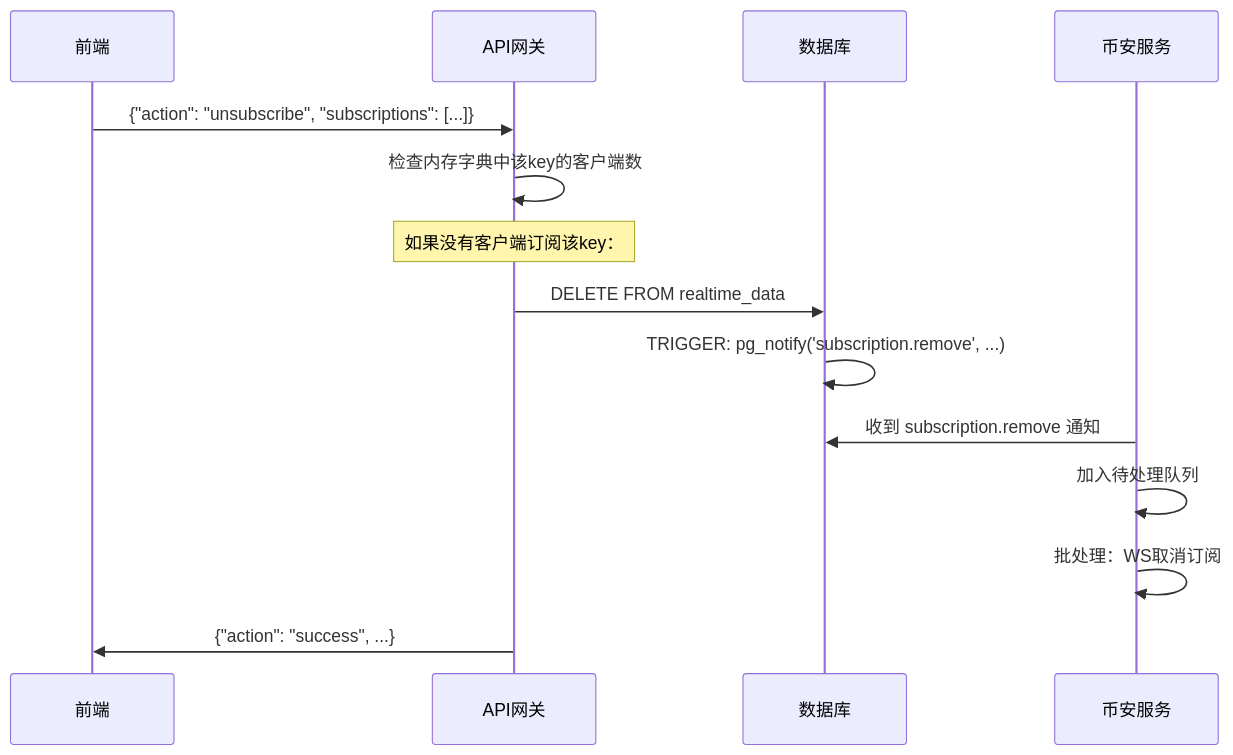
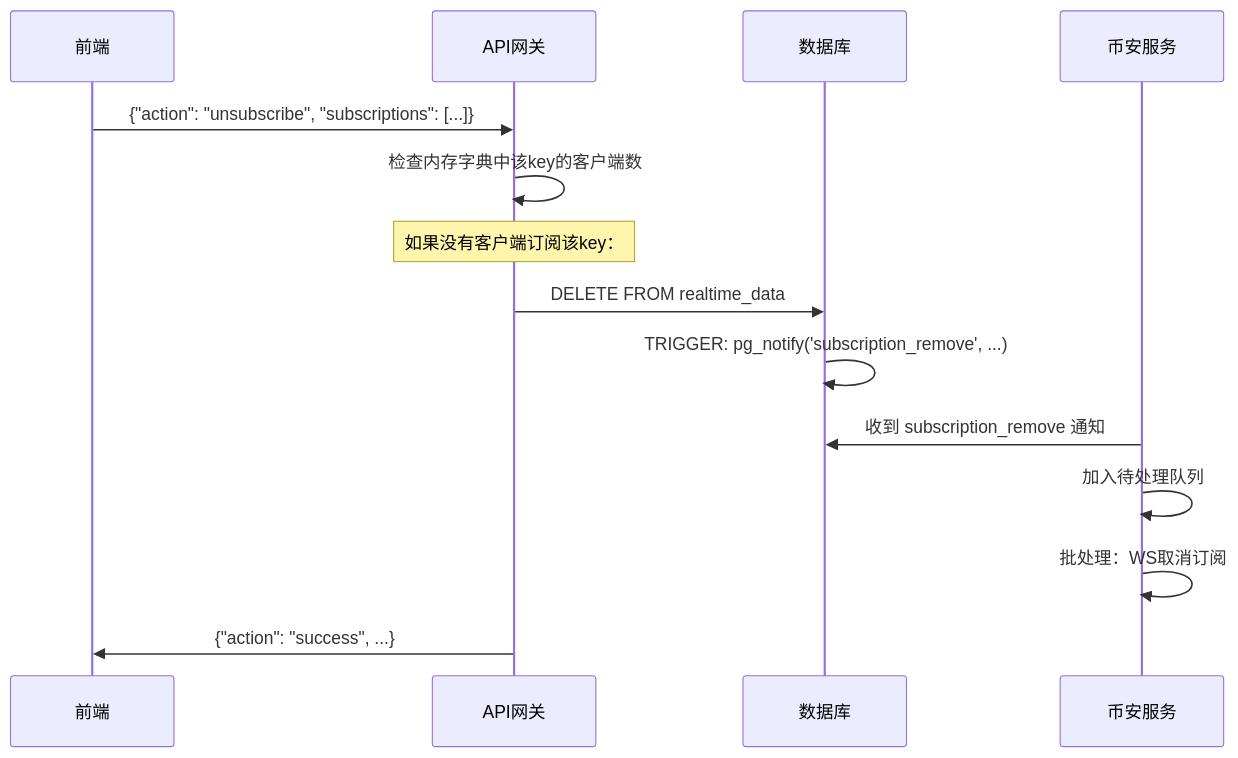
Before and after one commit to mj2154/quant-trading-system-2602: the fourth of 8 diagrams in docs/backend/design/01-task-subscription.md, drawn with Mermaid. The commit also changed other lines of this file and 32 other files, not shown here.

````diff
--- a/docs/backend/design/01-task-subscription.md
+++ b/docs/backend/design/01-task-subscription.md
@@ -1012,20 +1012,20 @@
 ```mermaid
 sequenceDiagram
     participant Front as 前端
     participant APIGW as API网关
     participant DB as 数据库
     participant Binance as 币安服务
 
     Front->>APIGW: {"action": "unsubscribe", "subscriptions": [...]}
 
     APIGW->>APIGW: 检查内存字典中该key的客户端数
     Note over APIGW: 如果没有客户端订阅该key：
     APIGW->>DB: DELETE FROM realtime_data
-    DB->>DB: TRIGGER: pg_notify('subscription.remove', ...)
+    DB->>DB: TRIGGER: pg_notify('subscription_remove', ...)
 
-    Binance->>DB: 收到 subscription.remove 通知
+    Binance->>DB: 收到 subscription_remove 通知
     Binance->>Binance: 加入待处理队列
     Binance->>Binance: 批处理：WS取消订阅
 
     APIGW->>Front: {"action": "success", ...}
 ```
````
